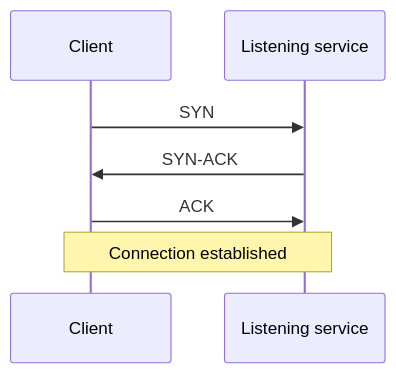
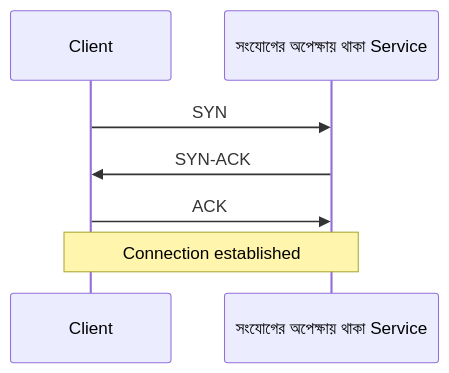
Before and after one commit to shomi-khan/red-blue-lab: the first of 4 diagrams in chapters/02-see-your-network/README.md, drawn with Mermaid. The commit also changed other lines of this file, not shown here.

````diff
--- a/chapters/02-see-your-network/README.md
+++ b/chapters/02-see-your-network/README.md
@@ -163,9 +163,9 @@
 ```mermaid
 sequenceDiagram
     participant C as Client
-    participant S as Listening service
+    participant S as সংযোগের অপেক্ষায় থাকা Service
     C->>S: SYN
     S->>C: SYN-ACK
     C->>S: ACK
     Note over C,S: Connection established
 ```
````
